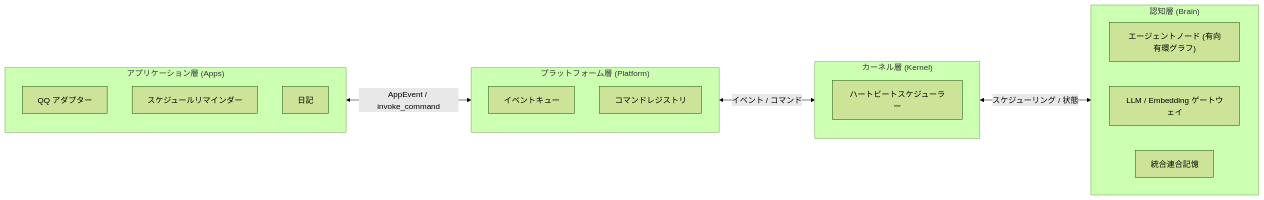
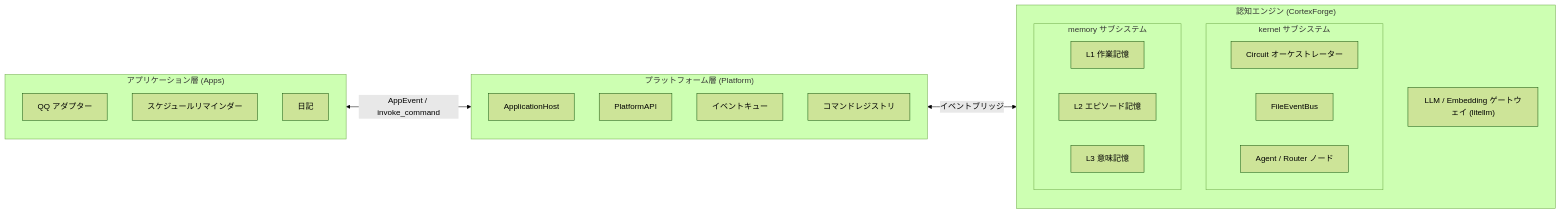
Before and after one commit to AuroraBot-Dev/AuroraBot: the diagram in README.ja.md, drawn with Mermaid (forest theme). The commit also changed other lines of this file and 2 other files, not shown here.

````diff
--- a/README.ja.md
+++ b/README.ja.md
@@ -38,28 +41,36 @@
 ```mermaid
 flowchart LR
     subgraph APPS["アプリケーション層 (Apps)"]
+        direction TB
         QQ["QQ アダプター"]
         ALARM["スケジュールリマインダー"]
         DIARY["日記"]
     end
 
     subgraph PLATFORM["プラットフォーム層 (Platform)"]
+        direction TB
+        HOST["ApplicationHost"]
+        API["PlatformAPI"]
         EVENTS["イベントキュー"]
         CMDS["コマンドレジストリ"]
     end
 
-    subgraph KERNEL["カーネル層 (Kernel)"]
-        SCHEDULER["ハートビートスケジューラー"]
-    end
-
-    subgraph BRAIN["認知層 (Brain)"]
-        direction LR
-        NODES["エージェントノード (有向有環グラフ)"]
-        GATEWAY["LLM / Embedding ゲートウェイ"]
-        MEMORY["統合連合記憶"]
+    subgraph BRAIN["認知エンジン (CortexForge)"]
+        subgraph KERNEL["kernel サブシステム"]
+            direction LR
+            CIRCUIT["Circuit オーケストレーター"]
+            BUS["FileEventBus"]
+            NODES["Agent / Router ノード"]
+        end
+        subgraph MEMORY["memory サブシステム"]
+            direction LR
+            L1["L1 作業記憶"]
+            L2["L2 エピソード記憶"]
+            L3["L3 意味記憶"]
+        end
+        GATEWAY["LLM / Embedding ゲートウェイ (litellm)"]
     end
 
     APPS <-->|"AppEvent / invoke_command"| PLATFORM
-    PLATFORM <-->|"イベント / コマンド"| KERNEL
-    KERNEL <-->|"スケジューリング / 状態"| BRAIN
+    PLATFORM <-->|"イベントブリッジ"| BRAIN
 ```
````
